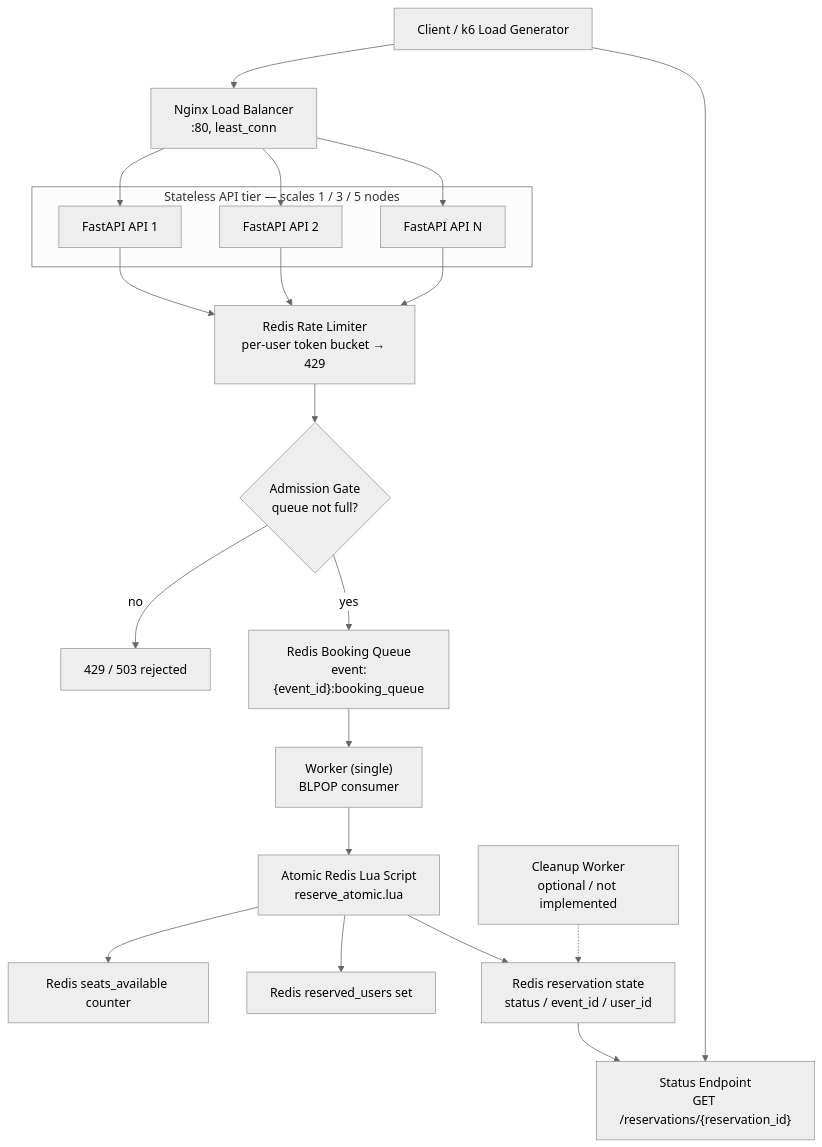
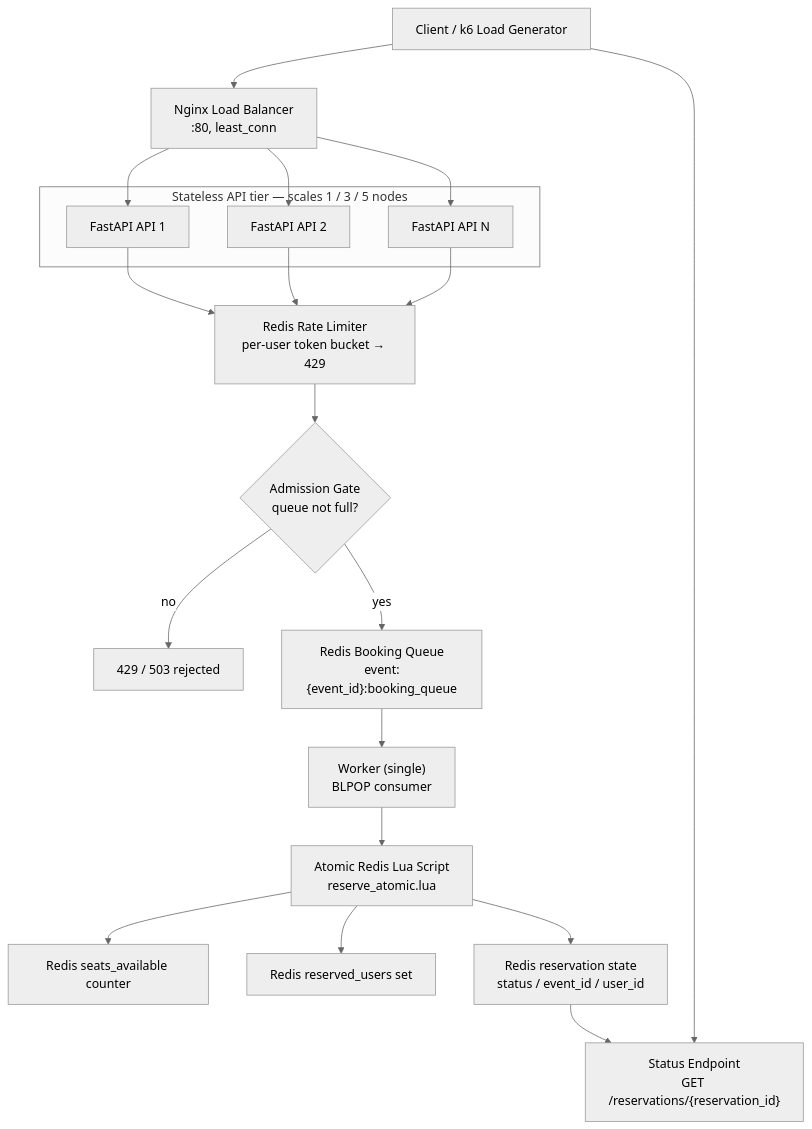
Before and after one commit to felix00112/SE3S-Assignment-Prototyping1: the diagram in docs/architecture/workflow-mvp.md, drawn with Mermaid (neutral theme). The commit also changed other lines of this file and 6 other files, not shown here.

Commit message:
docs: add architecture documentation for booking queue and reservation state; update GCP load testing runbook and helper scripts

````diff
--- a/docs/architecture/workflow-mvp.md
+++ b/docs/architecture/workflow-mvp.md
@@ -12,30 +12,29 @@
 ```mermaid
 flowchart TD
     client["Client / k6 Load Generator"] --> nginx["Nginx Load Balancer<br/>:80, least_conn"]
 
     subgraph apitier["Stateless API tier — scales 1 / 3 / 5 nodes"]
         api1["FastAPI API 1"]
         api2["FastAPI API 2"]
         apiN["FastAPI API N"]
     end
     nginx --> api1
     nginx --> api2
     nginx --> apiN
 
     api1 --> ratelimit["Redis Rate Limiter<br/>per-user token bucket → 429"]
     api2 --> ratelimit
     apiN --> ratelimit
     ratelimit --> gate{"Admission Gate<br/>queue not full?"}
     gate -- "no" --> reject["429 / 503 rejected"]
     gate -- "yes" --> queue["Redis Booking Queue<br/>event:{event_id}:booking_queue"]
 
     queue --> worker["Worker (single)<br/>BLPOP consumer"]
     worker --> lua["Atomic Redis Lua Script<br/>reserve_atomic.lua"]
     lua --> seats["Redis seats_available counter"]
     lua --> users["Redis reserved_users set"]
     lua --> reservation["Redis reservation state<br/>status / event_id / user_id"]
     reservation --> status["Status Endpoint<br/>GET /reservations/{reservation_id}"]
 
     client --> status
-    cleanup["Cleanup Worker<br/>optional / not implemented"] -.-> reservation
 ```
````
